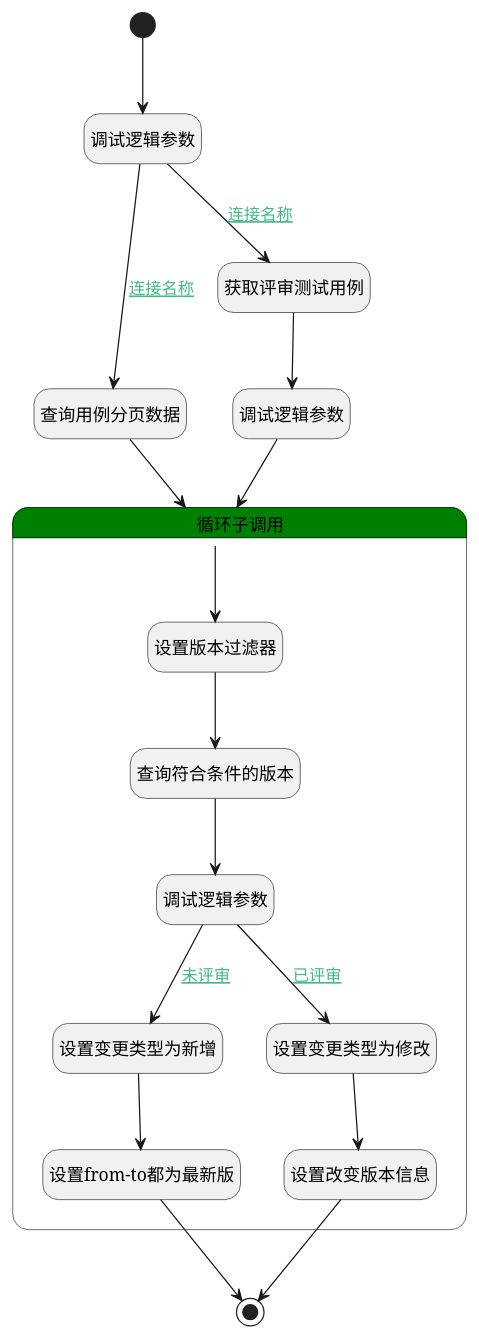
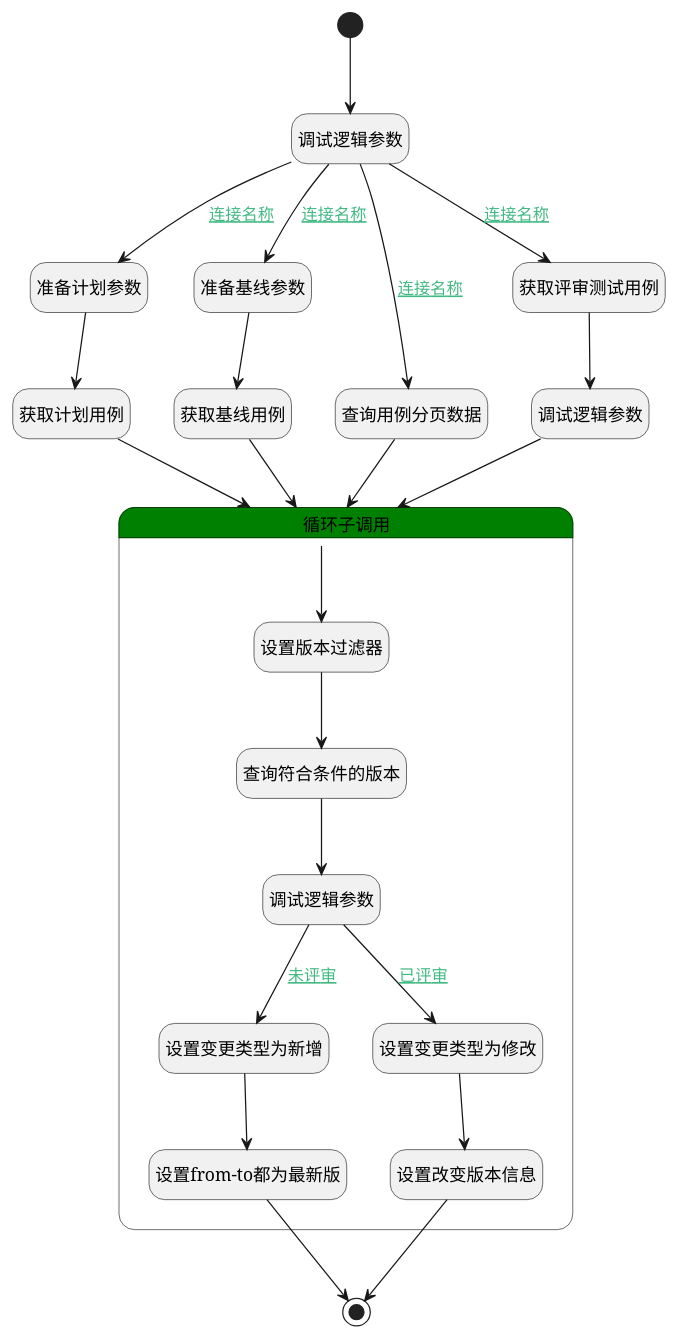
One commit to iBizLab/plm changed the diagram in doc/docsify/module/TestMgmt/test_case/logic/set_change_type.md. Above: the diagram before and after it, drawn with PlantUML. The commit also changed other lines of this file and 726 other files, not shown here.

````diff
--- a/doc/docsify/module/TestMgmt/test_case/logic/set_change_type.md
+++ b/doc/docsify/module/TestMgmt/test_case/logic/set_change_type.md
@@ -7,46 +7,56 @@
 ```plantuml
 @startuml
 hide empty description
 <style>
 root {
   HyperlinkColor #42b983
 }
 </style>
 
 hide empty description
 state "开始" as Begin <<start>> [[$./set_change_type#begin {"开始"}]]
+state "准备计划参数" as PREPAREPARAM5  [[$./set_change_type#prepareparam5 {"准备计划参数"}]]
+state "获取计划用例" as DEDATASET4  [[$./set_change_type#dedataset4 {"获取计划用例"}]]
 state "调试逻辑参数" as DEBUGPARAM3  [[$./set_change_type#debugparam3 {"调试逻辑参数"}]]
+state "准备基线参数" as PREPAREPARAM4  [[$./set_change_type#prepareparam4 {"准备基线参数"}]]
 state "查询用例分页数据" as DEDATASET1  [[$./set_change_type#dedataset1 {"查询用例分页数据"}]]
+state "获取评审测试用例" as RAWSQLCALL1  [[$./set_change_type#rawsqlcall1 {"获取评审测试用例"}]]
 state "调试逻辑参数" as DEBUGPARAM4  [[$./set_change_type#debugparam4 {"调试逻辑参数"}]]
-state "获取评审测试用例" as RAWSQLCALL1  [[$./set_change_type#rawsqlcall1 {"获取评审测试用例"}]]
+state "获取基线用例" as DEDATASET3  [[$./set_change_type#dedataset3 {"获取基线用例"}]]
 state "结束" as END1 <<end>> [[$./set_change_type#end1 {"结束"}]]
 state "循环子调用" as LOOPSUBCALL1  [[$./set_change_type#loopsubcall1 {"循环子调用"}]] #green {
 state "设置版本过滤器" as PREPAREPARAM1  [[$./set_change_type#prepareparam1 {"设置版本过滤器"}]]
 state "查询符合条件的版本" as DEDATASET2  [[$./set_change_type#dedataset2 {"查询符合条件的版本"}]]
 state "调试逻辑参数" as DEBUGPARAM2  [[$./set_change_type#debugparam2 {"调试逻辑参数"}]]
 state "设置变更类型为新增" as PREPAREPARAM2  [[$./set_change_type#prepareparam2 {"设置变更类型为新增"}]]
 state "设置from-to都为最新版" as RAWSFCODE1  [[$./set_change_type#rawsfcode1 {"设置from-to都为最新版"}]]
 state "设置变更类型为修改" as PREPAREPARAM3  [[$./set_change_type#prepareparam3 {"设置变更类型为修改"}]]
 state "设置改变版本信息" as RAWSFCODE2  [[$./set_change_type#rawsfcode2 {"设置改变版本信息"}]]
 }
 
 
 Begin --> DEBUGPARAM3
 DEBUGPARAM3 --> DEDATASET1 : [[$./set_change_type#debugparam3-dedataset1{连接名称} 连接名称]]
 DEDATASET1 --> LOOPSUBCALL1
 LOOPSUBCALL1 --> PREPAREPARAM1
 PREPAREPARAM1 --> DEDATASET2
 DEDATASET2 --> DEBUGPARAM2
 DEBUGPARAM2 --> PREPAREPARAM2 : [[$./set_change_type#debugparam2-prepareparam2{未评审} 未评审]]
 PREPAREPARAM2 --> RAWSFCODE1
 RAWSFCODE1 --> END1
 DEBUGPARAM2 --> PREPAREPARAM3 : [[$./set_change_type#debugparam2-prepareparam3{已评审} 已评审]]
 PREPAREPARAM3 --> RAWSFCODE2
 RAWSFCODE2 --> END1
 DEBUGPARAM3 --> RAWSQLCALL1 : [[$./set_change_type#debugparam3-rawsqlcall1{连接名称} 连接名称]]
 RAWSQLCALL1 --> DEBUGPARAM4
 DEBUGPARAM4 --> LOOPSUBCALL1
+DEBUGPARAM3 --> PREPAREPARAM4 : [[$./set_change_type#debugparam3-prepareparam4{连接名称} 连接名称]]
+PREPAREPARAM4 --> DEDATASET3
+DEDATASET3 --> LOOPSUBCALL1
+DEBUGPARAM3 --> PREPAREPARAM5 : [[$./set_change_type#debugparam3-prepareparam5{连接名称} 连接名称]]
+PREPAREPARAM5 --> DEDATASET4
+DEDATASET4 --> LOOPSUBCALL1
 
 
 @enduml
 ```
````
